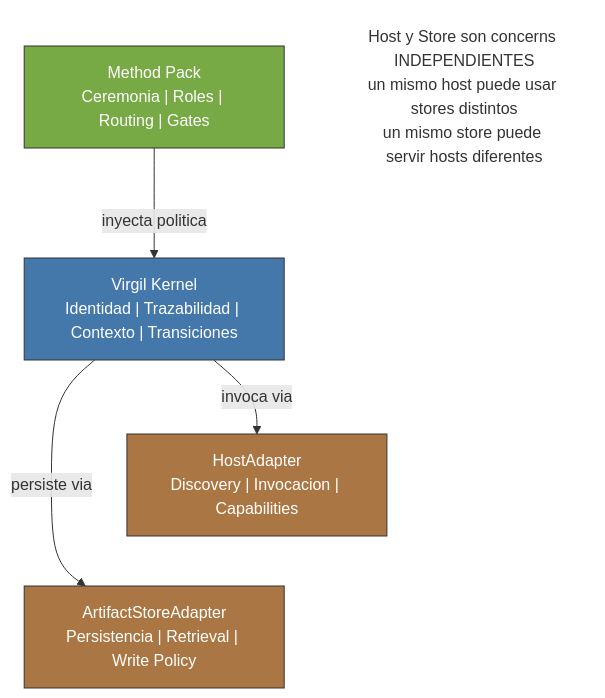
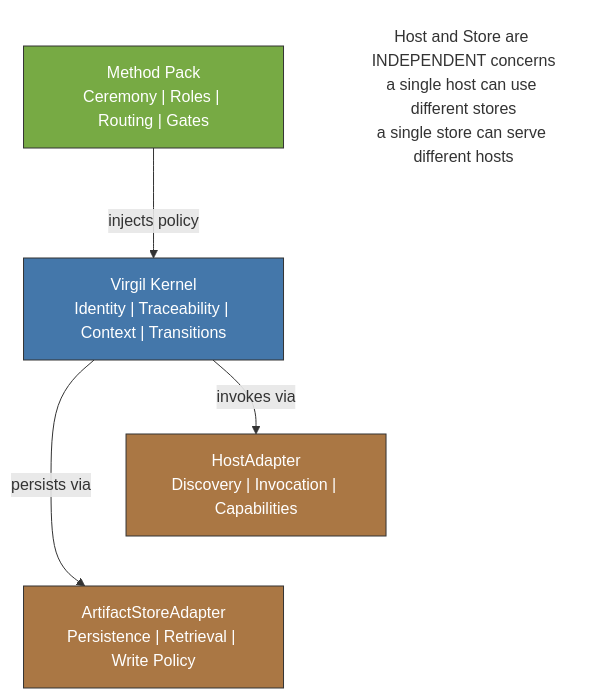
The second of 3 diagrams in principia/sections/09-interaction-model.md (virgenherrera/virgil), drawn with Mermaid before and after one commit. The commit also changed other lines of this file and 42 other files, not shown here.

````diff
--- a/principia/sections/09-interaction-model.md
+++ b/principia/sections/09-interaction-model.md
@@ -67,21 +67,21 @@
 ```mermaid
 flowchart TD
-    PACK["Method Pack\nCeremonia | Roles | Routing | Gates"]
-    PACK -->|"inyecta politica"| VIRGIL
+    PACK["Method Pack\nCeremony | Roles | Routing | Gates"]
+    PACK -->|"injects policy"| VIRGIL
 
-    VIRGIL["Virgil Kernel\nIdentidad | Trazabilidad | Contexto | Transiciones"]
-    VIRGIL -->|"invoca via"| HOST
-    VIRGIL -->|"persiste via"| STORE
+    VIRGIL["Virgil Kernel\nIdentity | Traceability | Context | Transitions"]
+    VIRGIL -->|"invokes via"| HOST
+    VIRGIL -->|"persists via"| STORE
 
-    HOST["HostAdapter\nDiscovery | Invocacion | Capabilities"]
-    STORE["ArtifactStoreAdapter\nPersistencia | Retrieval | Write Policy"]
+    HOST["HostAdapter\nDiscovery | Invocation | Capabilities"]
+    STORE["ArtifactStoreAdapter\nPersistence | Retrieval | Write Policy"]
 
     HOST ~~~ STORE
-    NOTE["Host y Store son concerns INDEPENDIENTES\nun mismo host puede usar stores distintos\nun mismo store puede servir hosts diferentes"]
+    NOTE["Host and Store are INDEPENDENT concerns\na single host can use different stores\na single store can serve different hosts"]
 
     style PACK fill:#7a4,stroke:#333,color:#fff
     style VIRGIL fill:#47a,stroke:#333,color:#fff
     style HOST fill:#a74,stroke:#333,color:#fff
     style STORE fill:#a74,stroke:#333,color:#fff
     style NOTE fill:none,stroke:none
 ```
````
